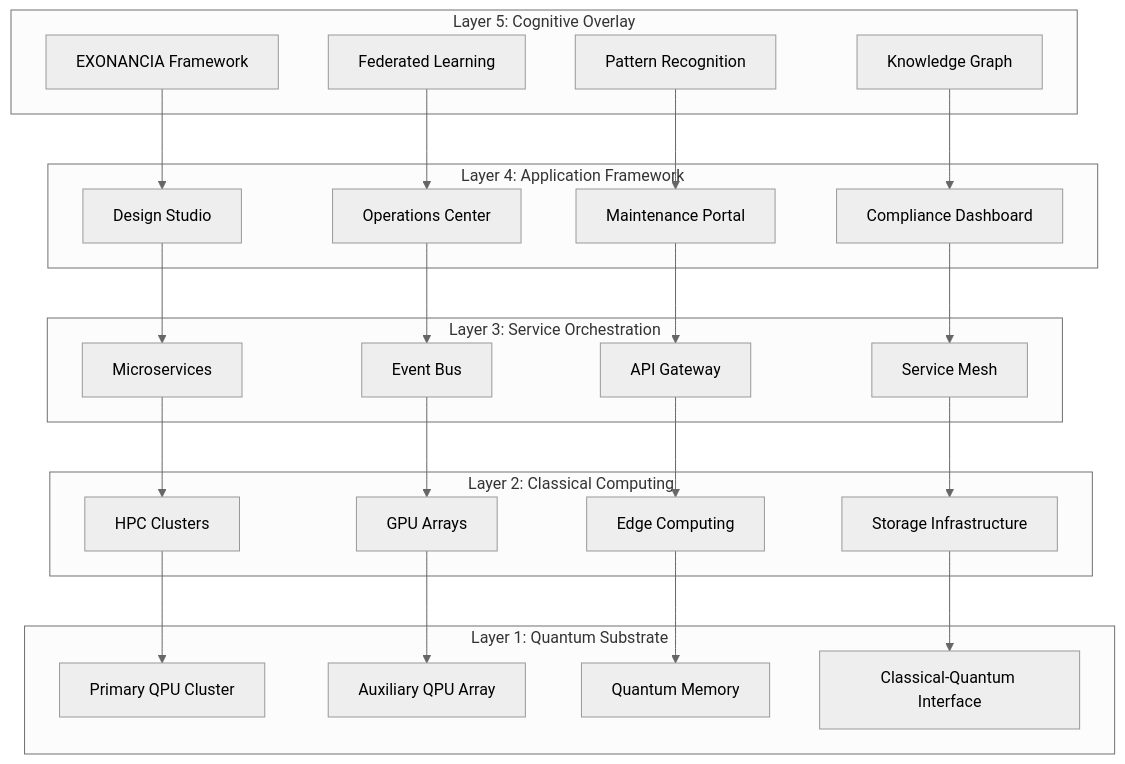
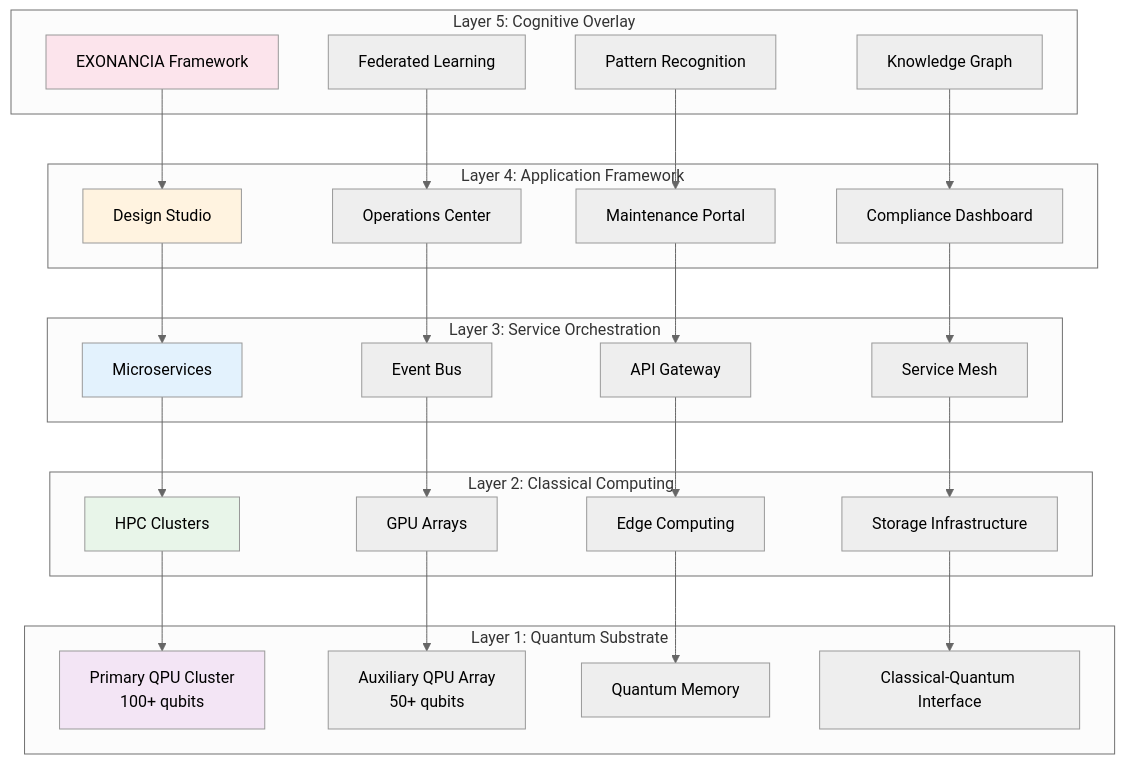
The fifth of 33 diagrams in README.md (Robbbo-T/Robbbo-T), drawn with Mermaid (neutral theme) before and after one commit. The commit also changed other lines of this file, not shown here.

````diff
--- a/README.md
+++ b/README.md
@@ -737,57 +1132,63 @@
 ```mermaid
 graph TD
     subgraph "Layer 5: Cognitive Overlay"
         EXO[EXONANCIA Framework]
         FL[Federated Learning]
         PR[Pattern Recognition]
         KG[Knowledge Graph]
     end
     
     subgraph "Layer 4: Application Framework"
         DS[Design Studio]
         OC[Operations Center]
         MP[Maintenance Portal]
         CD[Compliance Dashboard]
     end
     
     subgraph "Layer 3: Service Orchestration"
         MS[Microservices]
         EB[Event Bus]
         API[API Gateway]
         SM[Service Mesh]
     end
     
     subgraph "Layer 2: Classical Computing"
         HPC[HPC Clusters]
         GPU[GPU Arrays]
         EC[Edge Computing]
         ST[Storage Infrastructure]
     end
     
     subgraph "Layer 1: Quantum Substrate"
-        QPU[Primary QPU Cluster]
-        AQP[Auxiliary QPU Array]
+        QPU[Primary QPU Cluster<br/>100+ qubits]
+        AQP[Auxiliary QPU Array<br/>50+ qubits]
         QM[Quantum Memory]
         CQI[Classical-Quantum Interface]
     end
     
     EXO --> DS
     FL --> OC
     PR --> MP
     KG --> CD
     
     DS --> MS
     OC --> EB
     MP --> API
     CD --> SM
     
     MS --> HPC
     EB --> GPU
     API --> EC
     SM --> ST
     
     HPC --> QPU
     GPU --> AQP
     EC --> QM
     ST --> CQI
+    
+    style EXO fill:#fce4ec
+    style QPU fill:#f3e5f5
+    style MS fill:#e3f2fd
+    style HPC fill:#e8f5e9
+    style DS fill:#fff3e0
 ```
````
